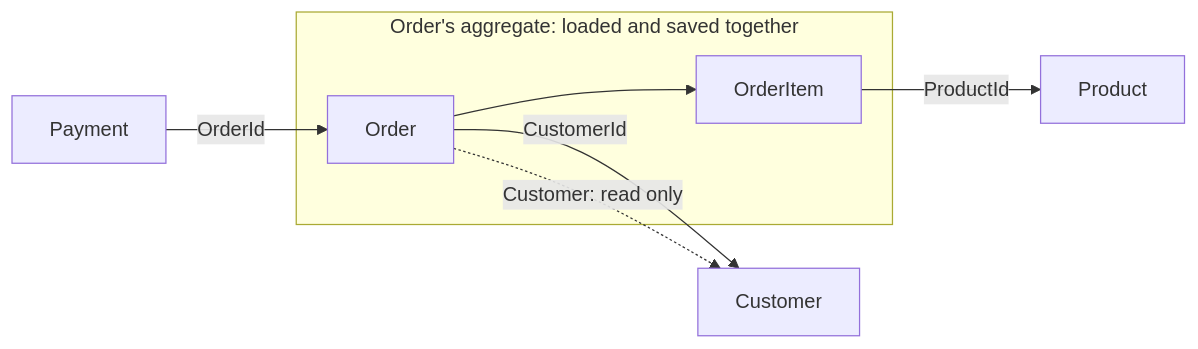
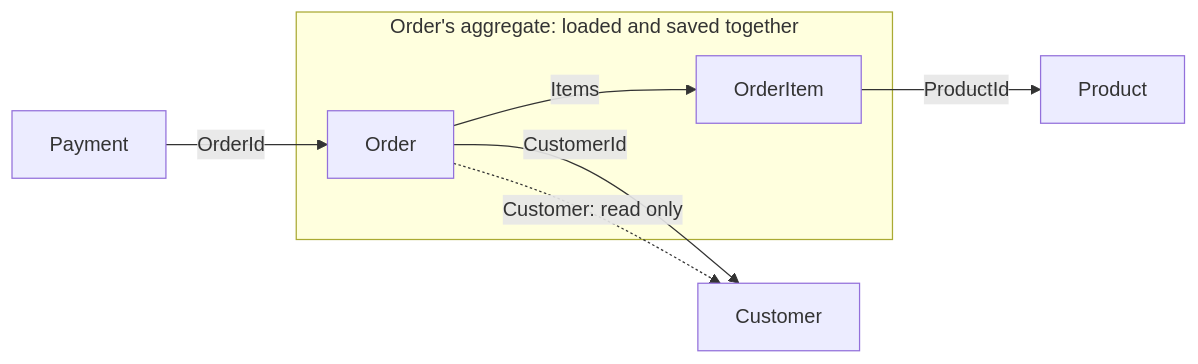
One commit to duyan11110/lo-trinh-architect changed the diagram in content/tracks/design/ddd-tactical/design.l3.reference-other-aggregates-by-id.en.md. Above: the diagram before and after it, drawn with Mermaid. The commit also changed other lines of this file and 32 other files, not shown here.

````diff
--- a/content/tracks/design/ddd-tactical/design.l3.reference-other-aggregates-by-id.en.md
+++ b/content/tracks/design/ddd-tactical/design.l3.reference-other-aggregates-by-id.en.md
@@ -41,10 +41,10 @@
 ```mermaid
 flowchart LR
   subgraph B["Order's aggregate: loaded and saved together"]
-    O["Order"] --> I["OrderItem"]
+    O["Order"] -->|"Items"| I["OrderItem"]
   end
   O -->|"CustomerId"| C["Customer"]
   I -->|"ProductId"| P["Product"]
   Y["Payment"] -->|"OrderId"| O
   O -.->|"Customer: read only"| C
 ```
````
